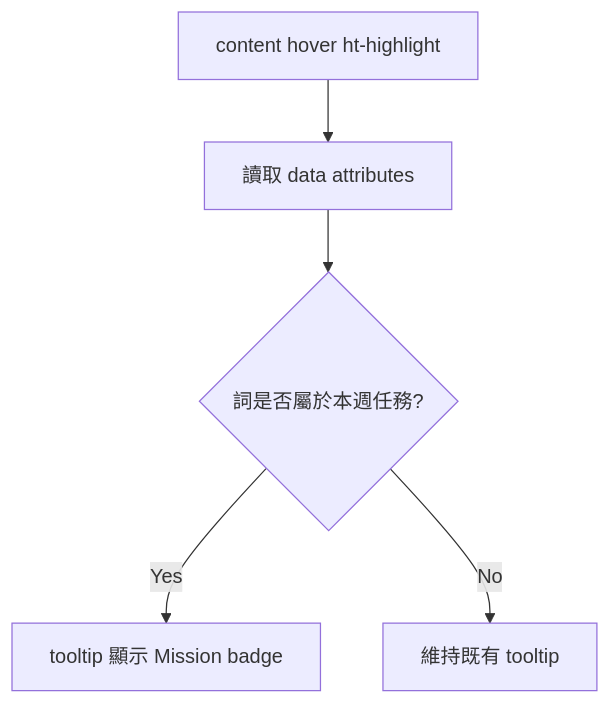
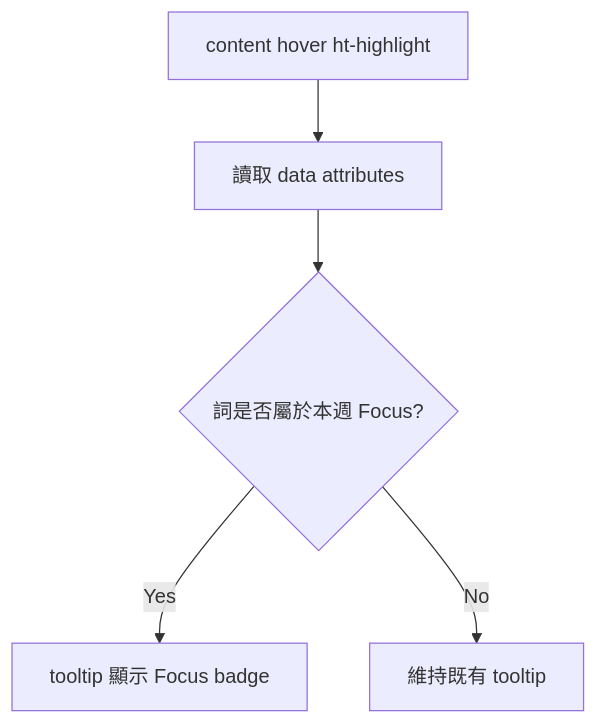
One commit to kylecheng3146/highlighting-translate changed the fifth of 5 diagrams in .shared/05-flow-diagrams.md. Above: the diagram before and after it, drawn with Mermaid. The commit also changed other lines of this file and 24 other files, not shown here.

````diff
--- a/.shared/05-flow-diagrams.md
+++ b/.shared/05-flow-diagrams.md
@@ -63,7 +62,7 @@
 ```mermaid
 flowchart TD
     A[content hover ht-highlight] --> B[讀取 data attributes]
-    B --> C{詞是否屬於本週任務?}
-    C -- Yes --> D[tooltip 顯示 Mission badge]
+    B --> C{詞是否屬於本週 Focus?}
+    C -- Yes --> D[tooltip 顯示 Focus badge]
     C -- No --> E[維持既有 tooltip]
 ```
````
